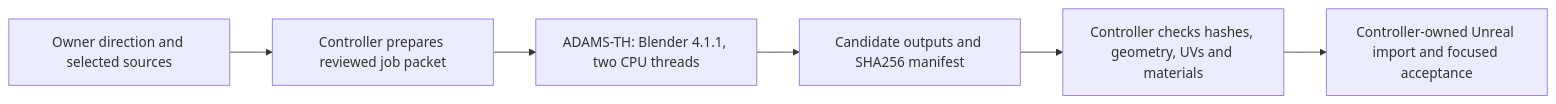
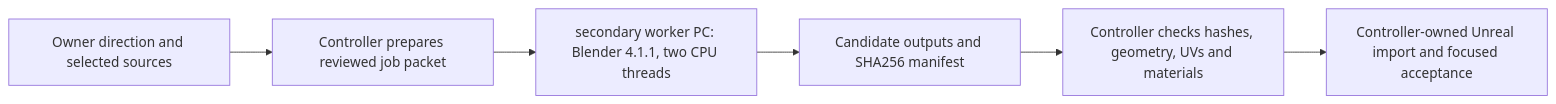
The diagram in docs/compute-resources.md (CA-The-destroyer/G-Ash_Road_ep1), drawn with Mermaid before and after one commit. The commit also changed other lines of this file and 11 other files, not shown here.

Commit message:
docs: use generic secondary worker labels

````diff
--- a/docs/compute-resources.md
+++ b/docs/compute-resources.md
@@ -17,8 +17,8 @@
 ```mermaid
 flowchart LR
     ownerDirection["Owner direction and selected sources"] --> controllerPacket["Controller prepares reviewed job packet"]
-    controllerPacket --> remoteCpu["ADAMS-TH: Blender 4.1.1, two CPU threads"]
+    controllerPacket --> remoteCpu["secondary worker PC: Blender 4.1.1, two CPU threads"]
     remoteCpu --> returnedCandidate["Candidate outputs and SHA256 manifest"]
     returnedCandidate --> reviewCandidate["Controller checks hashes, geometry, UVs and materials"]
     reviewCandidate --> nativeAdmission["Controller-owned Unreal import and focused acceptance"]
 ```
````
